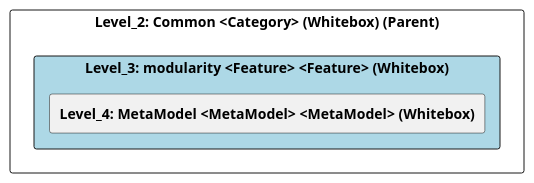
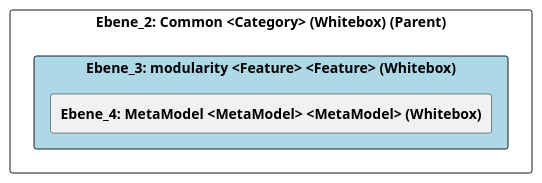
The diagram in doc/cleonproject_deliverables_architecture_model_architecture/adoc/de/05_bausteinsicht/cleon/common/modularity/ebene_3_modularity.adoc (marcozwyssig/cleon), drawn with PlantUML before and after one commit. The commit also changed other lines of this file and 150 other files, not shown here.

```diff
--- a/doc/cleonproject_deliverables_architecture_model_architecture/adoc/de/05_bausteinsicht/cleon/common/modularity/ebene_3_modularity.adoc
+++ b/doc/cleonproject_deliverables_architecture_model_architecture/adoc/de/05_bausteinsicht/cleon/common/modularity/ebene_3_modularity.adoc
@@ -20,26 +20,24 @@
-[plantuml, Level_3: modularity <Feature> <Feature> (Whitebox)BlockOverview, format="svg"]
+[plantuml, Ebene_3: modularity <Feature> <Feature> (Whitebox)BlockOverview, format="svg"]
 ----
-@startuml Level_3: modularity <Feature> <Feature> (Whitebox)BuildingBlockOverview
+@startuml Ebene_3: modularity <Feature> <Feature> (Whitebox)BuildingBlockOverview
 
 skinparam ranksep 10
 skinparam componentStyle rectangle
 skinparam shadowing false
 skinparam arrowColor lightblue
 skinparam arrowThickness 1.2
 skinparam rectangle {
   BackgroundColor White
   BorderColor #333
   RoundCorner 10
 }
 top to bottom direction
 
-component "Level_2: Common <Category> (Whitebox) (Parent)" {
-    component "Level_3: modularity <Feature> <Feature> (Whitebox)" #lightblue {
-        [**Level_4: MetaModel <MetaModel> <MetaModel> (Whitebox)**] as 4A570571_D579_11EE_903E_9F564E4DE07E
+component "Ebene_2: Common <Category> (Whitebox) (Parent)" {
+    component "Ebene_3: modularity <Feature> <Feature> (Whitebox)" #lightblue {
+        [**Ebene_4: MetaModel <MetaModel> <MetaModel> (Whitebox)**] as 4A570571_D579_11EE_903E_9F564E4DE07E
     }
-
-    
 }
 
 @enduml
 ----
```
